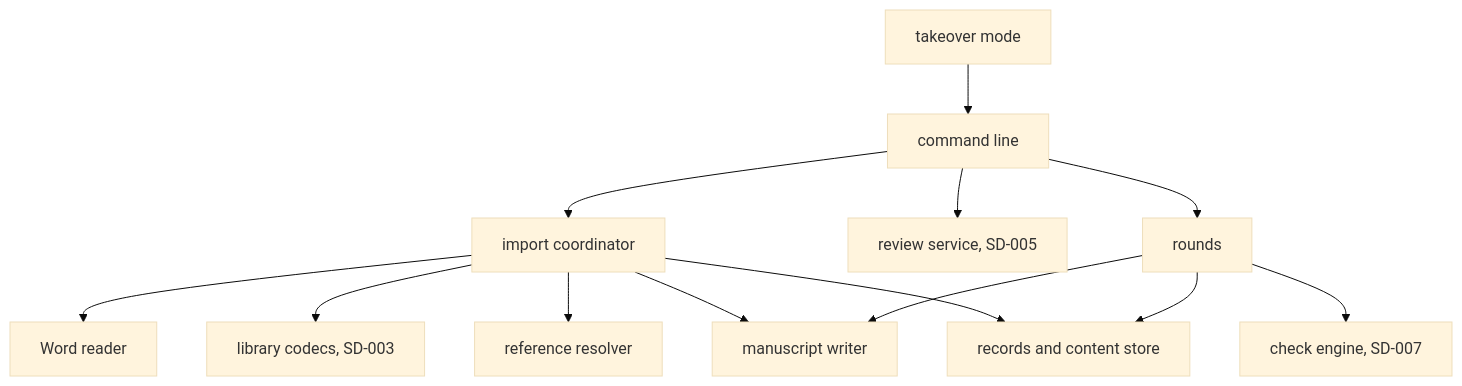
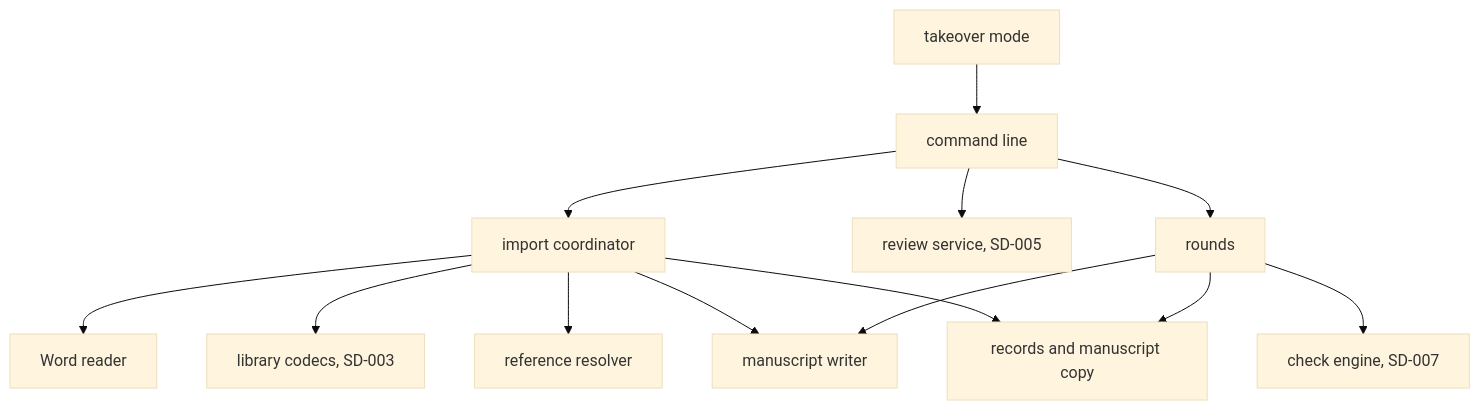
The second of 2 diagrams in docs/stemma/02-design/solution-designs/SD-015-takeover-of-existing-projects.md (DocumentDrivenDX/stemma), drawn with Mermaid (base theme) before and after one commit. The commit also changed other lines of this file and 80 other files, not shown here.

````diff
--- a/docs/stemma/02-design/solution-designs/SD-015-takeover-of-existing-projects.md
+++ b/docs/stemma/02-design/solution-designs/SD-015-takeover-of-existing-projects.md
@@ -201,15 +201,15 @@
 ```mermaid
 graph TD
     Mode["takeover mode"] --> CLI["command line"]
     CLI --> Coord["import coordinator"]
     Coord --> Word["Word reader"]
     Coord --> Codecs["library codecs, SD-003"]
     Coord --> Resolve["reference resolver"]
     Coord --> Writer["manuscript writer"]
-    Coord --> Stores["records and content store"]
+    Coord --> Stores["records and manuscript copy"]
     CLI --> Review["review service, SD-005"]
     CLI --> Rounds["rounds"]
     Rounds --> Writer
     Rounds --> Engine["check engine, SD-007"]
     Rounds --> Stores
 ```
````
